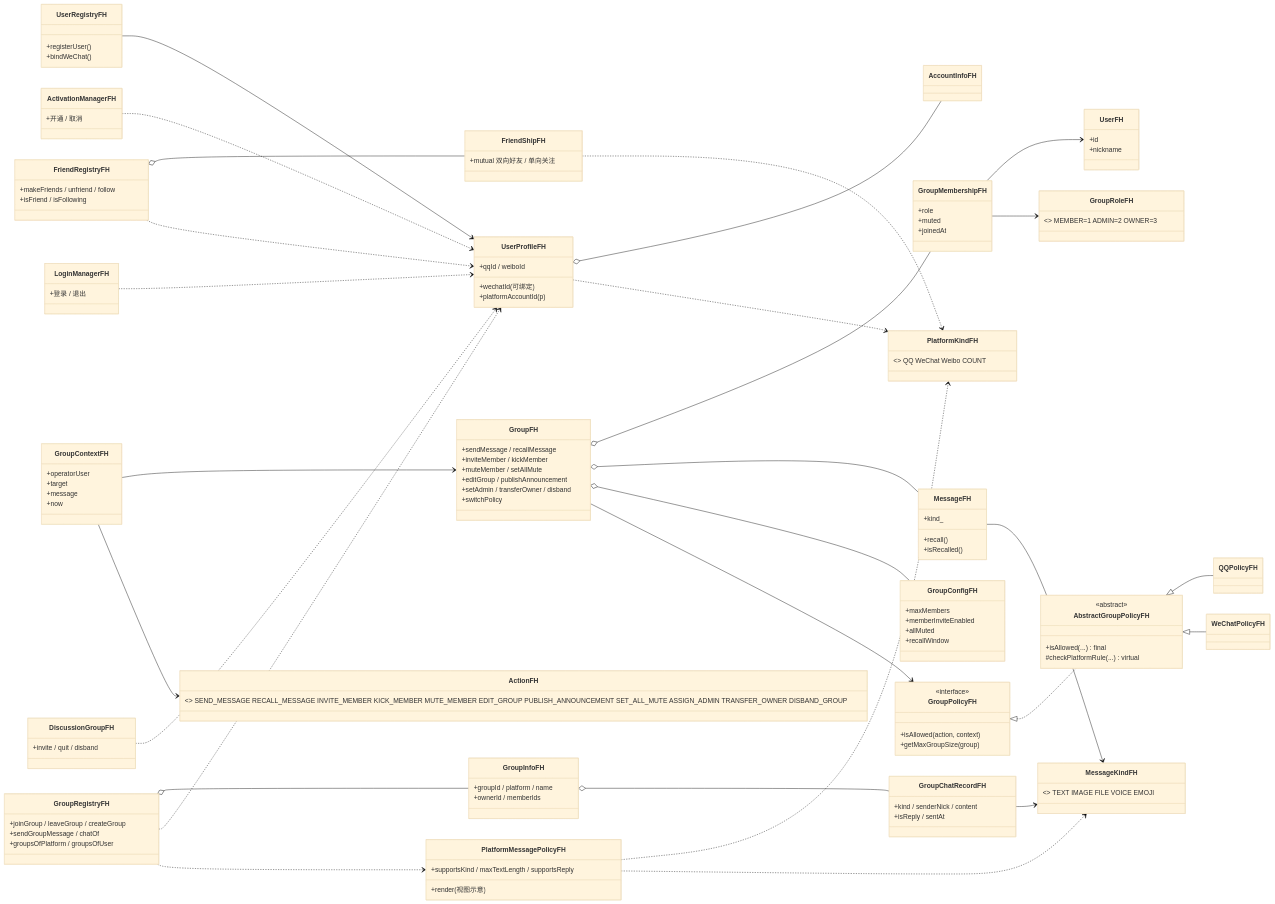
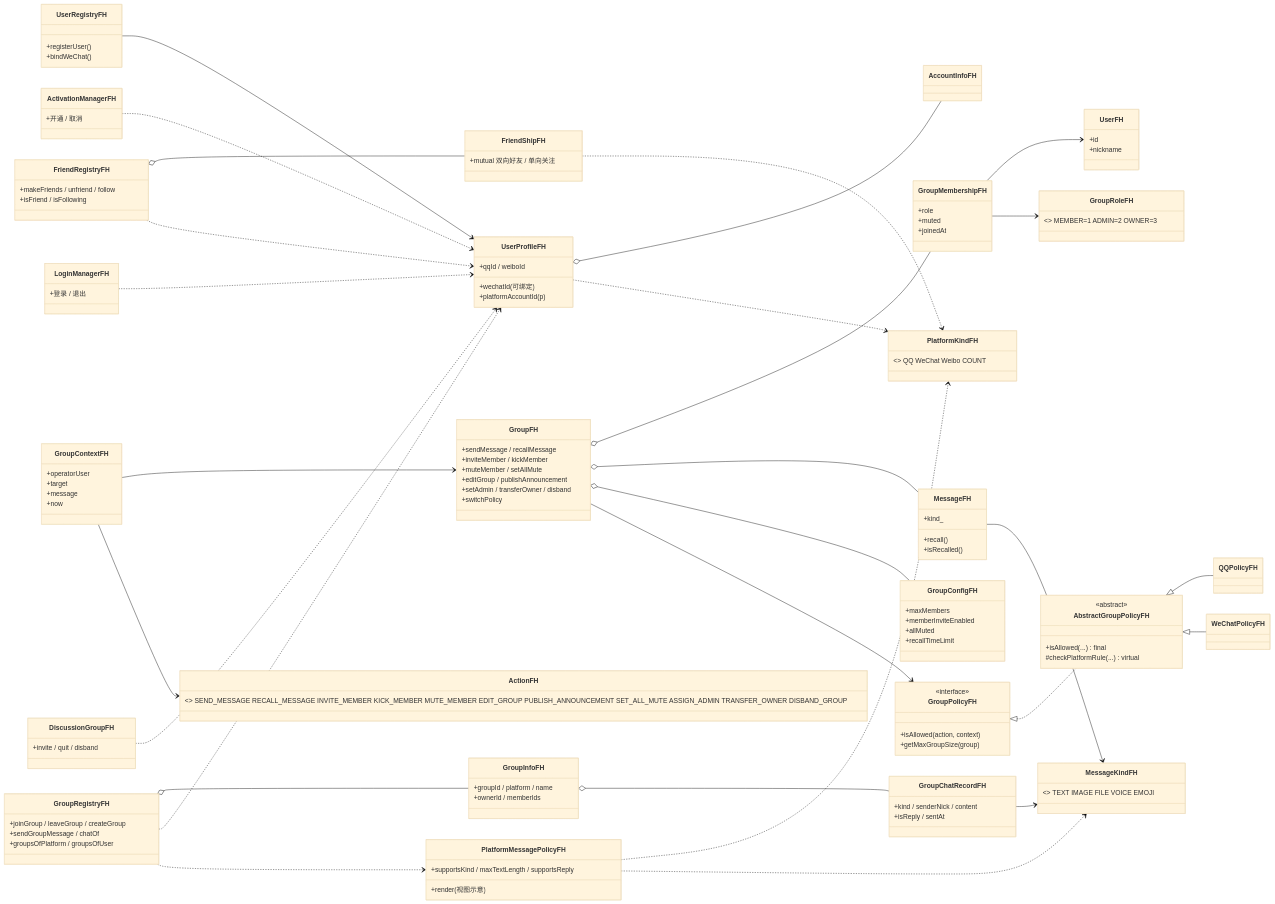
The first of 3 diagrams in docs/class-diagram.md (Fenghu146/WeChat), drawn with Mermaid (base theme) before and after one commit. The commit also changed 12 other files, not shown here.

```diff
--- a/docs/class-diagram.md
+++ b/docs/class-diagram.md
@@ -43,7 +43,7 @@
         +maxMembers
         +memberInviteEnabled
         +allMuted
-        +recallWindow
+        +recallTimeLimit
     }
     class MessageFH {
         +kind_
```
